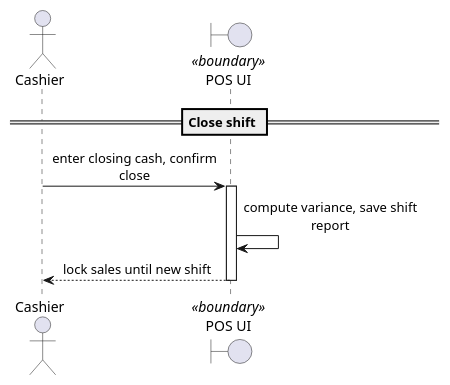
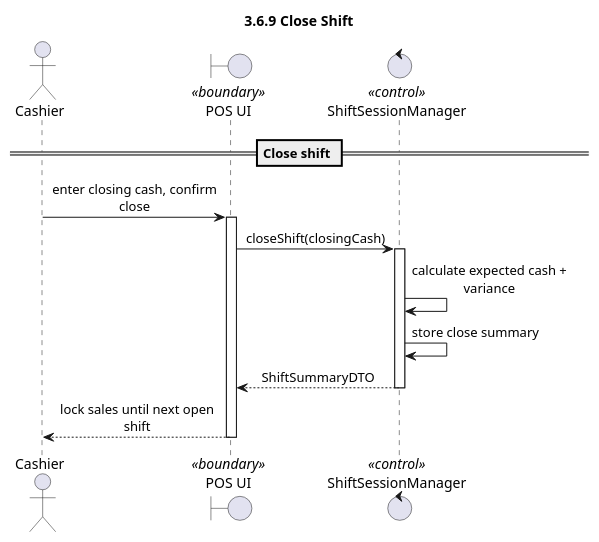
Before and after one commit to QuyQuy123/supermarket: the diagram in docs/sequences/3-6-08-close-shift.puml, drawn with PlantUML. The commit also changed 11 other files, not shown here.

```diff
--- a/docs/sequences/3-6-08-close-shift.puml
+++ b/docs/sequences/3-6-08-close-shift.puml
@@ -1,20 +1,26 @@
 @startuml
 skinparam shadowing false
 skinparam responseMessageBelowArrow true
 skinparam sequenceMessageAlign center
 skinparam maxMessageSize 180
 skinparam sequenceParticipant underline false
 skinparam stereotypePosition top
-
+title 3.6.9 Close Shift
 
 actor "Cashier" as C
 boundary "POS UI" as UI <<boundary>>
+control "ShiftSessionManager" as SM <<control>>
 
 == Close shift ==
 C -> UI: enter closing cash, confirm close
 activate UI
-UI -> UI: compute variance, save shift report
-UI --> C: lock sales until new shift
+UI -> SM: closeShift(closingCash)
+activate SM
+SM -> SM: calculate expected cash + variance
+SM -> SM: store close summary
+SM --> UI: ShiftSummaryDTO
+deactivate SM
+UI --> C: lock sales until next open shift
 deactivate UI
 
 @enduml
```
